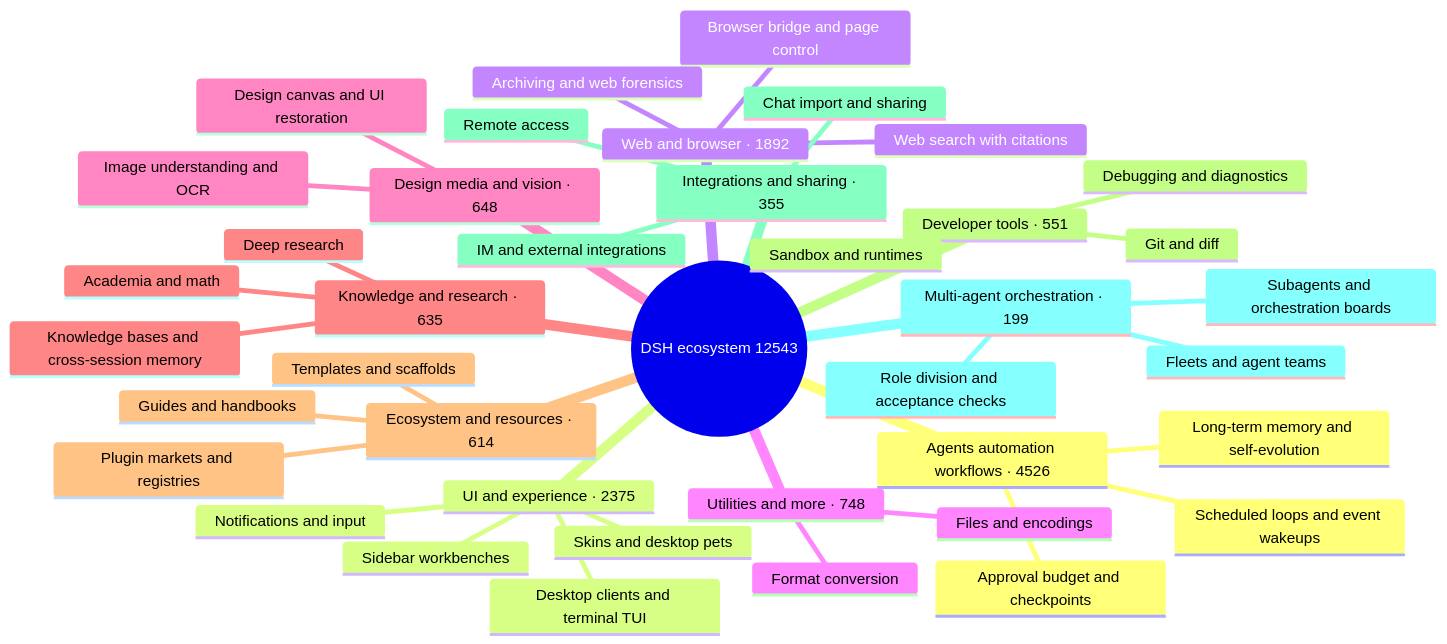
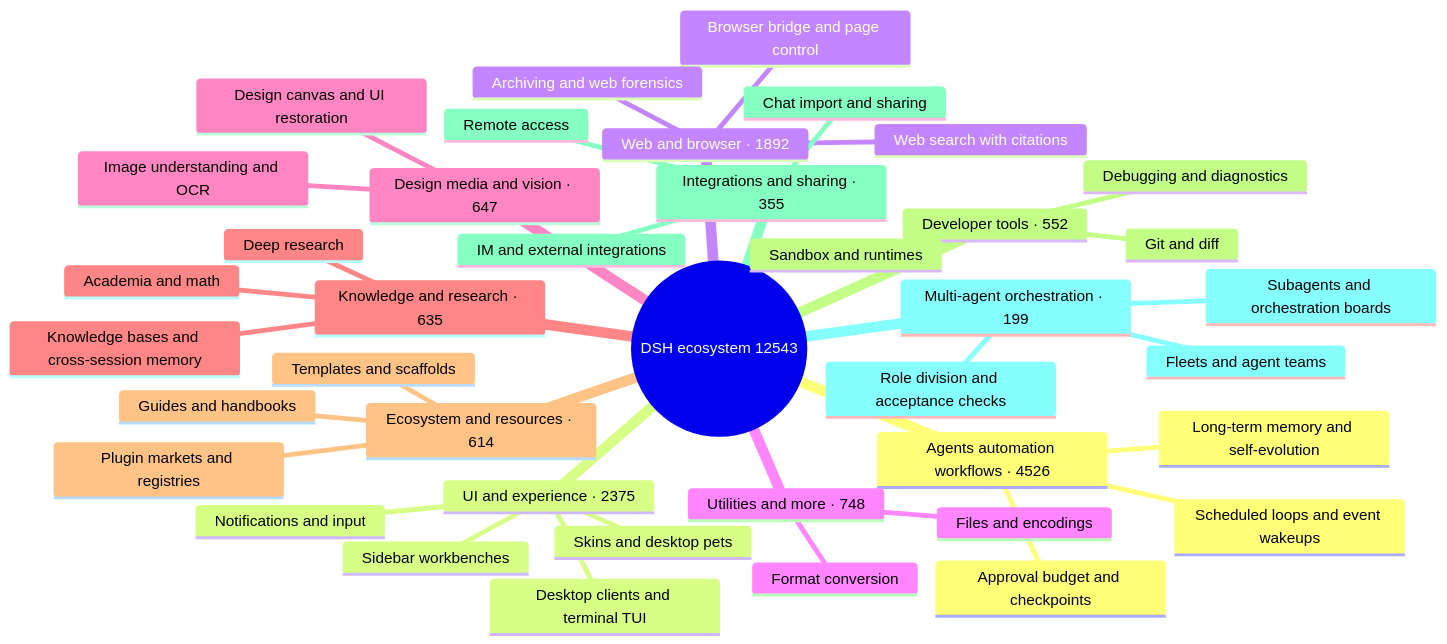
The diagram in README_EN.md (BOWLUNA/awesome-dsh-plugin), drawn with Mermaid before and after one commit. The commit also changed 5 other files, not shown here.

Commit message:
review: apply zgit developer-tools override from #121, refresh pages

````diff
--- a/README_EN.md
+++ b/README_EN.md
@@ -33,43 +33,43 @@
 ```mermaid
 mindmap
   root((DSH ecosystem 12543))
     Agents automation workflows · 4526
       Scheduled loops and event wakeups
       Long-term memory and self-evolution
       Approval budget and checkpoints
     UI and experience · 2375
       Desktop clients and terminal TUI
       Sidebar workbenches
       Skins and desktop pets
       Notifications and input
     Web and browser · 1892
       Browser bridge and page control
       Web search with citations
       Archiving and web forensics
     Utilities and more · 748
       Files and encodings
       Format conversion
-    Design media and vision · 648
+    Design media and vision · 647
       Image understanding and OCR
       Design canvas and UI restoration
     Knowledge and research · 635
       Knowledge bases and cross-session memory
       Deep research
       Academia and math
     Ecosystem and resources · 614
       Plugin markets and registries
       Templates and scaffolds
       Guides and handbooks
-    Developer tools · 551
+    Developer tools · 552
       Git and diff
       Sandbox and runtimes
       Debugging and diagnostics
     Integrations and sharing · 355
       Chat import and sharing
       Remote access
       IM and external integrations
     Multi-agent orchestration · 199
       Subagents and orchestration boards
       Fleets and agent teams
       Role division and acceptance checks
 ```
````
